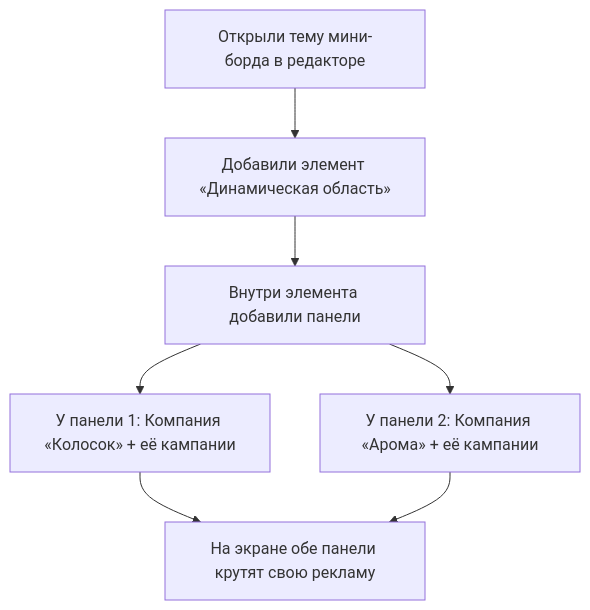
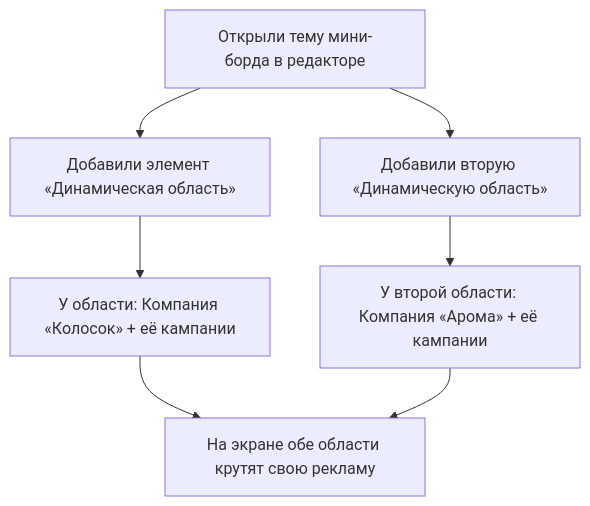
Before and after one commit to KirillTyurin21/prototypes: the second of 3 diagrams in materials/Доработка DS/Прототипы по задачам/Объяснение на пальцах/ОБЪЯСНЕНИЕ_Динамическая_область_как_работает.md, drawn with Mermaid. The commit also changed other lines of this file and 4 other files, not shown here.

Commit message:
refactor(web-screens): одна Динамическая область = одна компания + кампании, панели убраны с миграцией

````diff
--- a/materials/Доработка DS/Прототипы по задачам/Объяснение на пальцах/ОБЪЯСНЕНИЕ_Динамическая_область_как_работает.md
+++ b/materials/Доработка DS/Прототипы по задачам/Объяснение на пальцах/ОБЪЯСНЕНИЕ_Динамическая_область_как_работает.md
@@ -50,9 +49,9 @@
 ```mermaid
 flowchart TB
-    A[Открыли тему мини-борда в редакторе] --> B[Добавили элемент «Динамическая область»]
-    B --> C[Внутри элемента добавили панели]
-    C --> D["У панели 1: Компания «Колосок» + её кампании"]
-    C --> E["У панели 2: Компания «Арома» + её кампании"]
-    D --> F[На экране обе панели крутят свою рекламу]
+    A[Открыли тему мини-борда в редакторе] --> B["Добавили элемент «Динамическая область»"]
+    B --> C["У области: Компания «Колосок» + её кампании"]
+    A --> D["Добавили вторую «Динамическую область»"]
+    D --> E["У второй области: Компания «Арома» + её кампании"]
+    C --> F[На экране обе области крутят свою рекламу]
     E --> F
 ```
````
